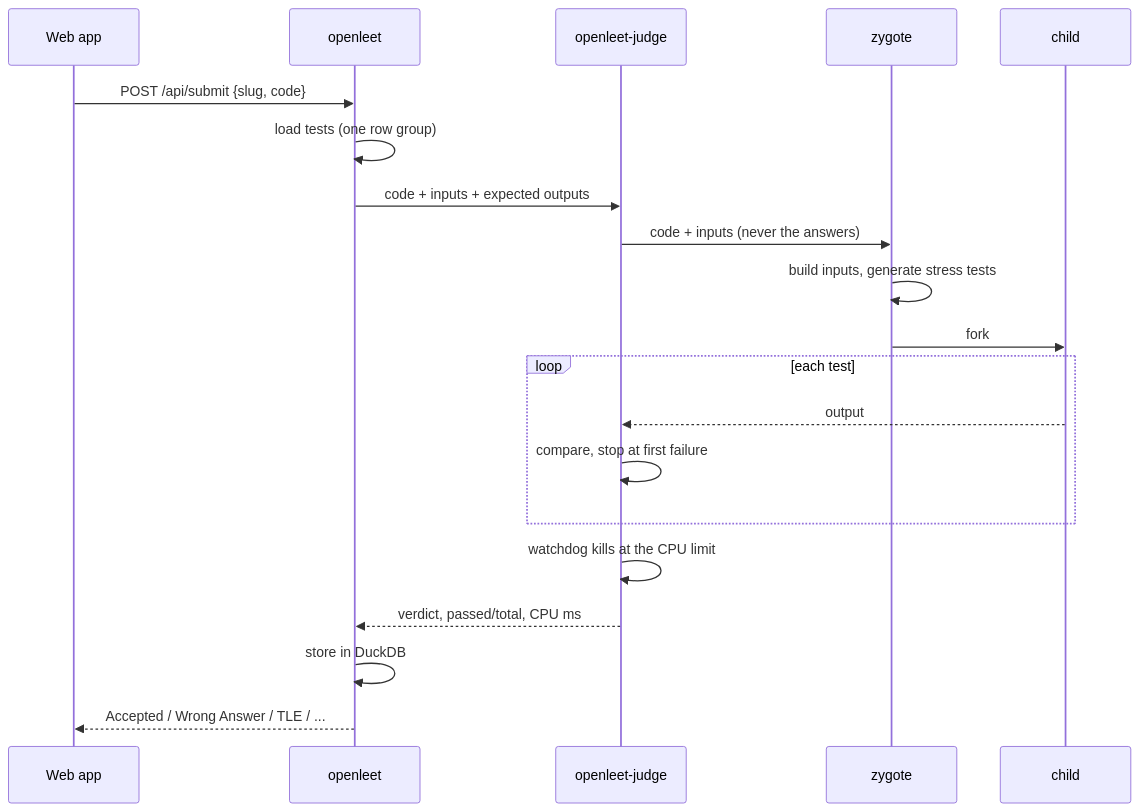
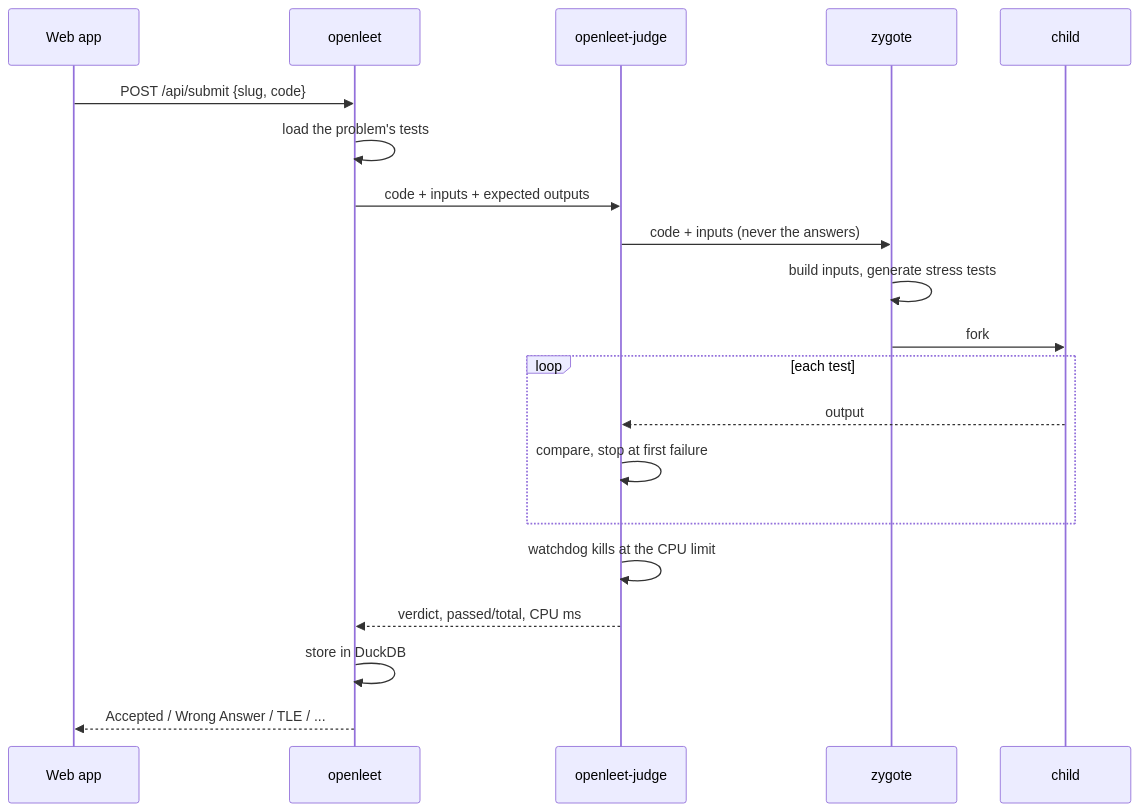
The second of 3 diagrams in docs/architecture.md (nsudhanva/openleet), drawn with Mermaid before and after one commit. The commit also changed 3 other files, not shown here.

````diff
--- a/docs/architecture.md
+++ b/docs/architecture.md
@@ -30,22 +30,22 @@
 ```mermaid
 sequenceDiagram
     participant W as Web app
     participant S as openleet
     participant J as openleet-judge
     participant Z as zygote
     participant C as child
     W->>S: POST /api/submit {slug, code}
-    S->>S: load tests (one row group)
+    S->>S: load the problem's tests
     S->>J: code + inputs + expected outputs
     J->>Z: code + inputs (never the answers)
     Z->>Z: build inputs, generate stress tests
     Z->>C: fork
     loop each test
         C-->>J: output
         J->>J: compare, stop at first failure
     end
     J->>J: watchdog kills at the CPU limit
     J-->>S: verdict, passed/total, CPU ms
     S->>S: store in DuckDB
     S-->>W: Accepted / Wrong Answer / TLE / ...
 ```
````
